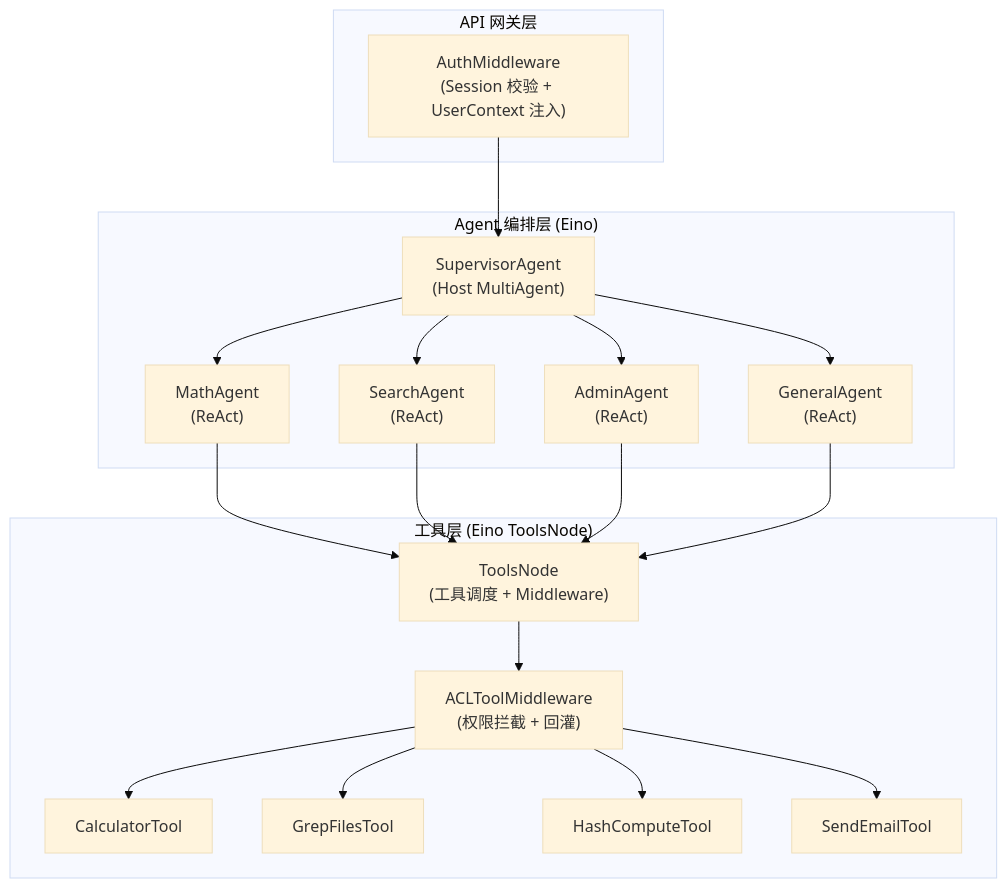
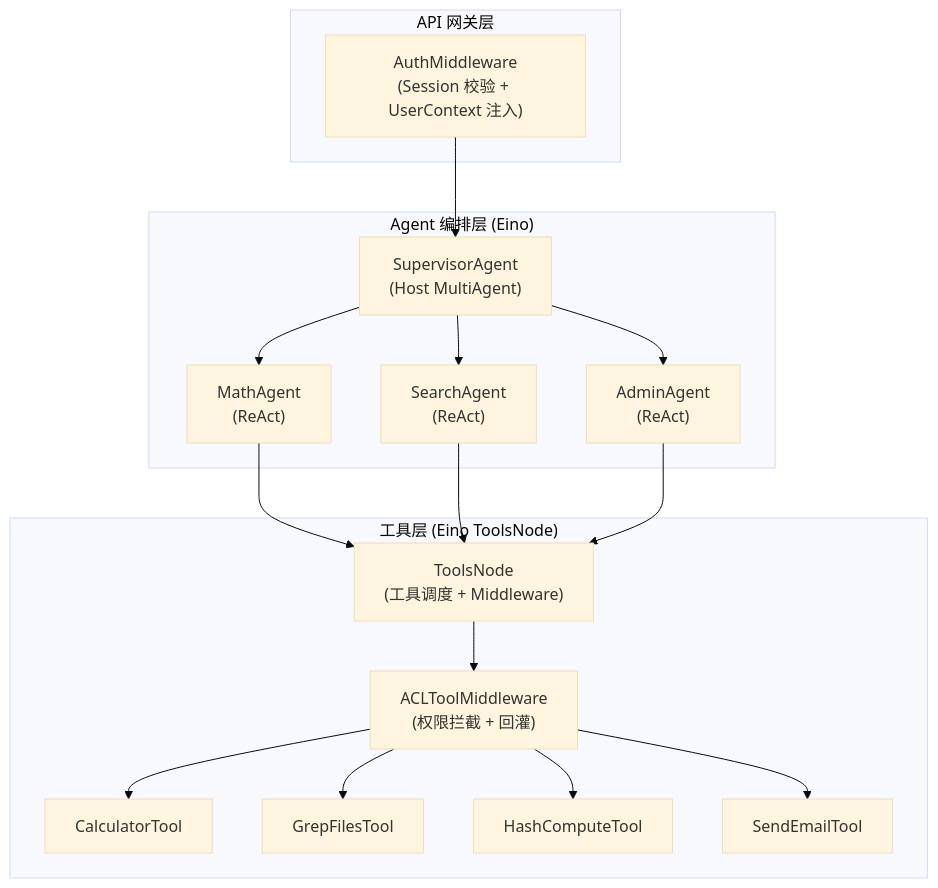
The first of 6 diagrams in docs/DOC-02.md (cling-2/Agent-Basic-Framework), drawn with Mermaid (base theme) before and after one commit. The commit also changed other lines of this file and 4 other files, not shown here.

````diff
--- a/docs/DOC-02.md
+++ b/docs/DOC-02.md
@@ -41,28 +41,27 @@
 ```mermaid
 flowchart TB
     subgraph Gateway["API 网关层"]
         MW["AuthMiddleware<br/>(Session 校验 + UserContext 注入)"]
     end
 
     subgraph AgentLayer["Agent 编排层 (Eino)"]
         SA["SupervisorAgent<br/>(Host MultiAgent)"]
         MA["MathAgent<br/>(ReAct)"]
         SEA["SearchAgent<br/>(ReAct)"]
         AA["AdminAgent<br/>(ReAct)"]
-        GA["GeneralAgent<br/>(ReAct)"]
     end
 
     subgraph ToolLayer["工具层 (Eino ToolsNode)"]
         TN["ToolsNode<br/>(工具调度 + Middleware)"]
         TM["ACLToolMiddleware<br/>(权限拦截 + 回灌)"]
         T1["CalculatorTool"]
         T2["GrepFilesTool"]
         T3["HashComputeTool"]
         T4["SendEmailTool"]
     end
 
     MW --> SA
-    SA --> MA & SEA & AA & GA
-    MA & SEA & AA & GA --> TN
+    SA --> MA & SEA & AA
+    MA & SEA & AA --> TN
     TN --> TM --> T1 & T2 & T3 & T4
 ```
````
